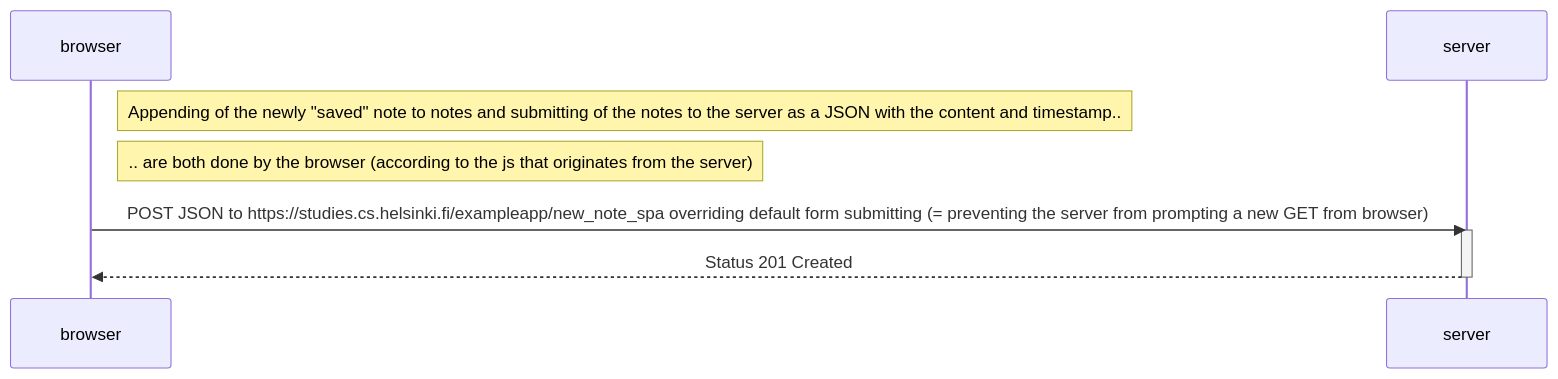
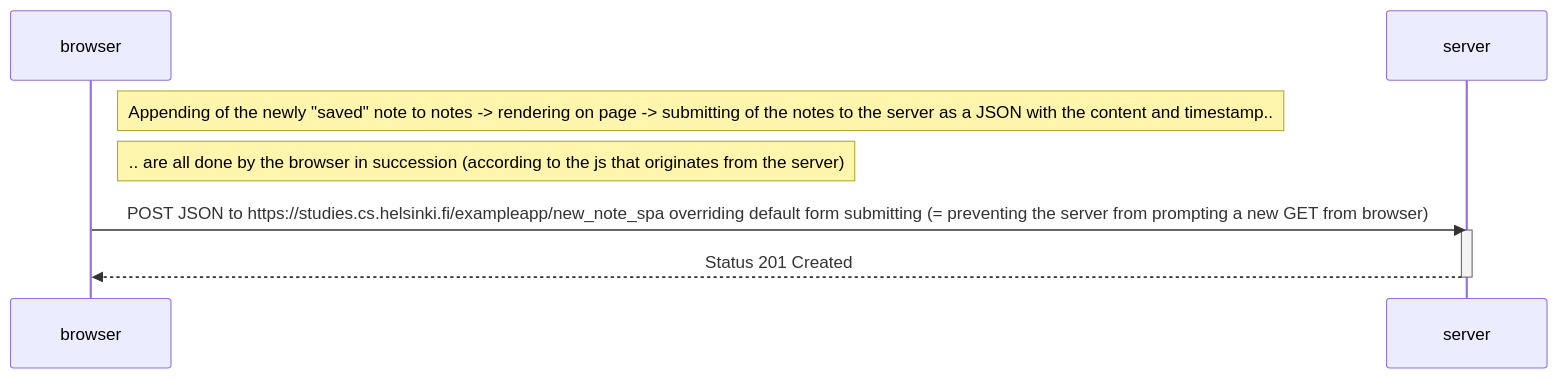
Before and after one commit to kwantton/full_stack_open_2024: the diagram in part0/Exercise_0_6_New_note_in_Single_page_app_diagram.md, drawn with Mermaid.

````diff
--- a/part0/Exercise_0_6_New_note_in_Single_page_app_diagram.md
+++ b/part0/Exercise_0_6_New_note_in_Single_page_app_diagram.md
@@ -4,15 +4,15 @@
 ```mermaid
 sequenceDiagram
     participant browser
     participant server
 
-Note right of browser: Appending of the newly "saved" note to notes and submitting of the notes to the server as a JSON with the content and timestamp..
-Note right of browser: .. are both done by the browser (according to the js that originates from the server)
+Note right of browser: Appending of the newly "saved" note to notes -> rendering on page -> submitting of the notes to the server as a JSON with the content and timestamp..
+Note right of browser: .. are all done by the browser in succession (according to the js that originates from the server)
 
 browser->>server: POST JSON to https://studies.cs.helsinki.fi/exampleapp/new_note_spa overriding default form submitting (= preventing the server from prompting a new GET from browser)
     activate server
     server-->>browser: Status 201 Created
     deactivate server
 
 
 ```
````
